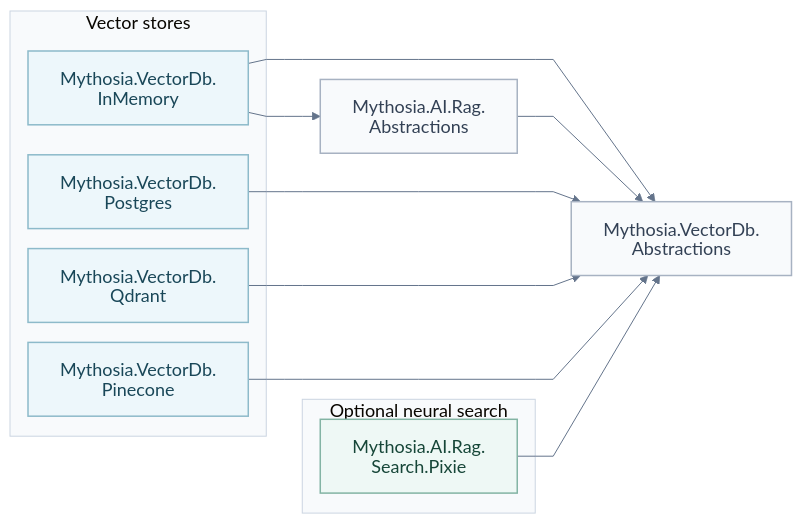
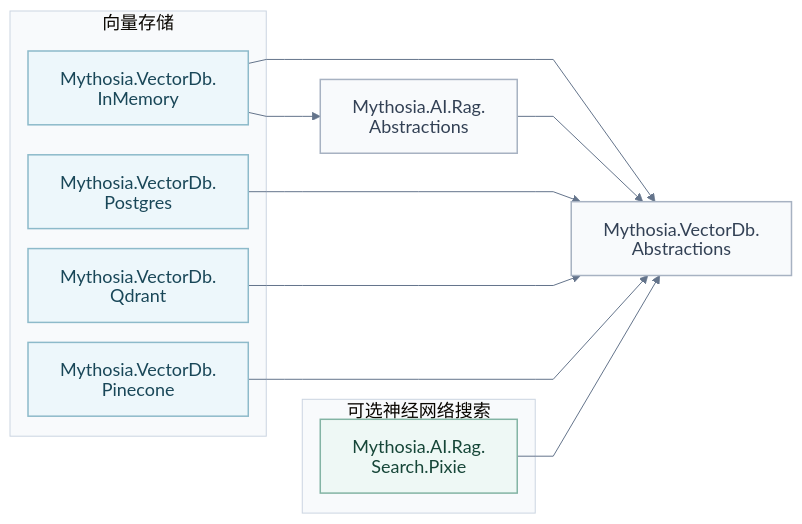
Before and after one commit to AJ-comp/Mythosia.AI: the third of 3 diagrams in docs/zh-Hans/README.md, drawn with Mermaid. The commit also changed other lines of this file and 172 other files, not shown here.

````diff
--- a/docs/zh-Hans/README.md
+++ b/docs/zh-Hans/README.md
@@ -135,28 +403,28 @@
 ```mermaid
 %%{init: {"theme":"base","look":"classic","htmlLabels":false,"themeVariables":{"fontFamily":"Arial, sans-serif","fontSize":"18px","primaryTextColor":"#172c46","lineColor":"#64748b","clusterBkg":"#f8fafc","clusterBorder":"#cbd5e1"},"flowchart":{"htmlLabels":false,"curve":"linear","nodeSpacing":20,"rankSpacing":36,"padding":16,"wrappingWidth":300},"fontFamily":"Arial, sans-serif","fontSize":18}}%%
 flowchart LR
-    subgraph Stores["Vector stores"]
+    subgraph Stores["向量存储"]
         InMem["Mythosia.VectorDb.<br/>InMemory"]:::store
         Pg["Mythosia.VectorDb.<br/>Postgres"]:::store
         Qd["Mythosia.VectorDb.<br/>Qdrant"]:::store
         Pine["Mythosia.VectorDb.<br/>Pinecone"]:::store
     end
-    subgraph Search["Optional neural search"]
+    subgraph Search["可选神经网络搜索"]
         Pixie["Mythosia.AI.Rag.<br/>Search.Pixie"]:::rag
     end
     RagAbs["Mythosia.AI.Rag.<br/>Abstractions"]:::contract
     VdbAbs["Mythosia.VectorDb.<br/>Abstractions"]:::contract
     InMem --> RagAbs
     InMem --> VdbAbs
     RagAbs --> VdbAbs
     Pg --> VdbAbs
     Qd --> VdbAbs
     Pine --> VdbAbs
     Pixie --> VdbAbs
     classDef core fill:#eff6ff,stroke:#93b4de,color:#172c46,stroke-width:1.5px
     classDef rag fill:#eef8f5,stroke:#83b4a4,color:#164638,stroke-width:1.5px
     classDef extension fill:#f5f0fc,stroke:#b9a4d4,color:#403054,stroke-width:1.5px
     classDef documents fill:#fff8e9,stroke:#d4b879,color:#61491d,stroke-width:1.5px
     classDef store fill:#edf7fb,stroke:#8dbaca,color:#194758,stroke-width:1.5px
     classDef contract fill:#f8fafc,stroke:#a7b2c2,color:#334155,stroke-width:1.5px
 ```
````
